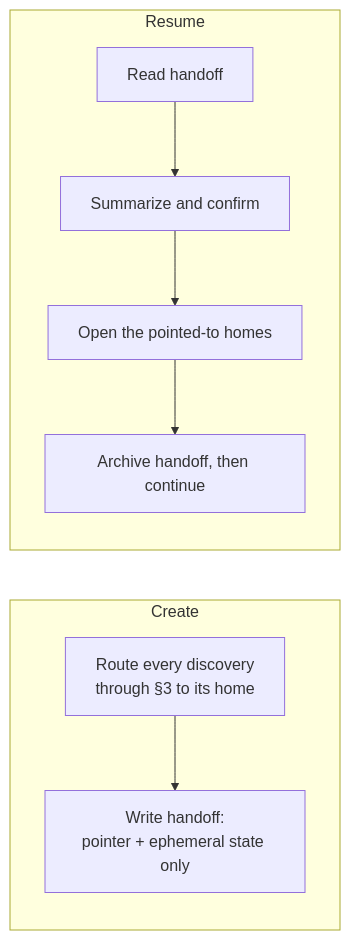
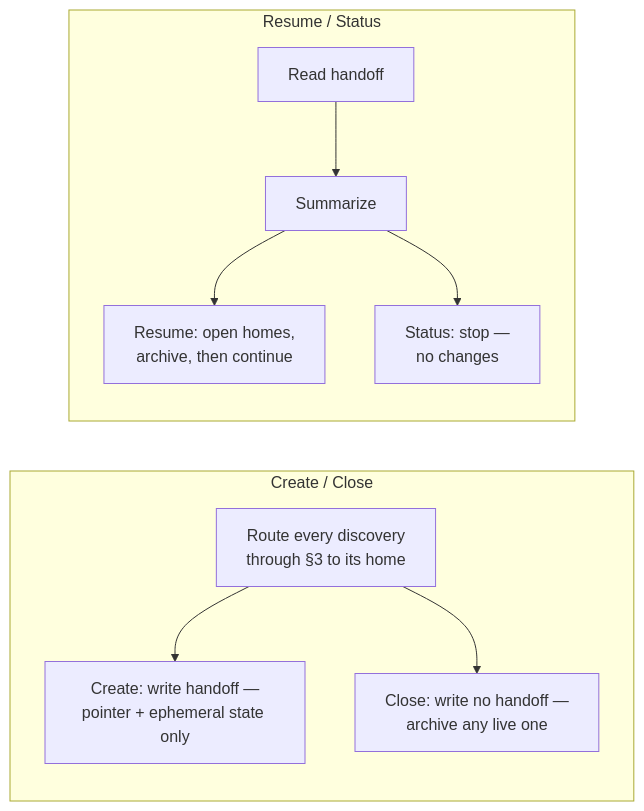
The second of 2 diagrams in README.md (uchimata2/handoff-skill), drawn with Mermaid before and after one commit. The commit also changed other lines of this file and 3 other files, not shown here.

````diff
--- a/README.md
+++ b/README.md
@@ -103,11 +105,14 @@
 ```mermaid
 flowchart LR
-  subgraph Create
+  subgraph "Create / Close"
     direction TB
-    c1["Route every discovery<br/>through §3 to its home"] --> c2["Write handoff:<br/>pointer + ephemeral state only"]
+    c1["Route every discovery<br/>through §3 to its home"] --> c2["Create: write handoff —<br/>pointer + ephemeral state only"]
+    c1 --> c3["Close: write no handoff —<br/>archive any live one"]
   end
-  subgraph Resume
+  subgraph "Resume / Status"
     direction TB
-    r1["Read handoff"] --> r2["Summarize and confirm"] --> r3["Open the pointed-to homes"] --> r4["Archive handoff, then continue"]
+    r1["Read handoff"] --> r2["Summarize"]
+    r2 --> r3["Resume: open homes,<br/>archive, then continue"]
+    r2 --> r4["Status: stop —<br/>no changes"]
   end
 ```
````
